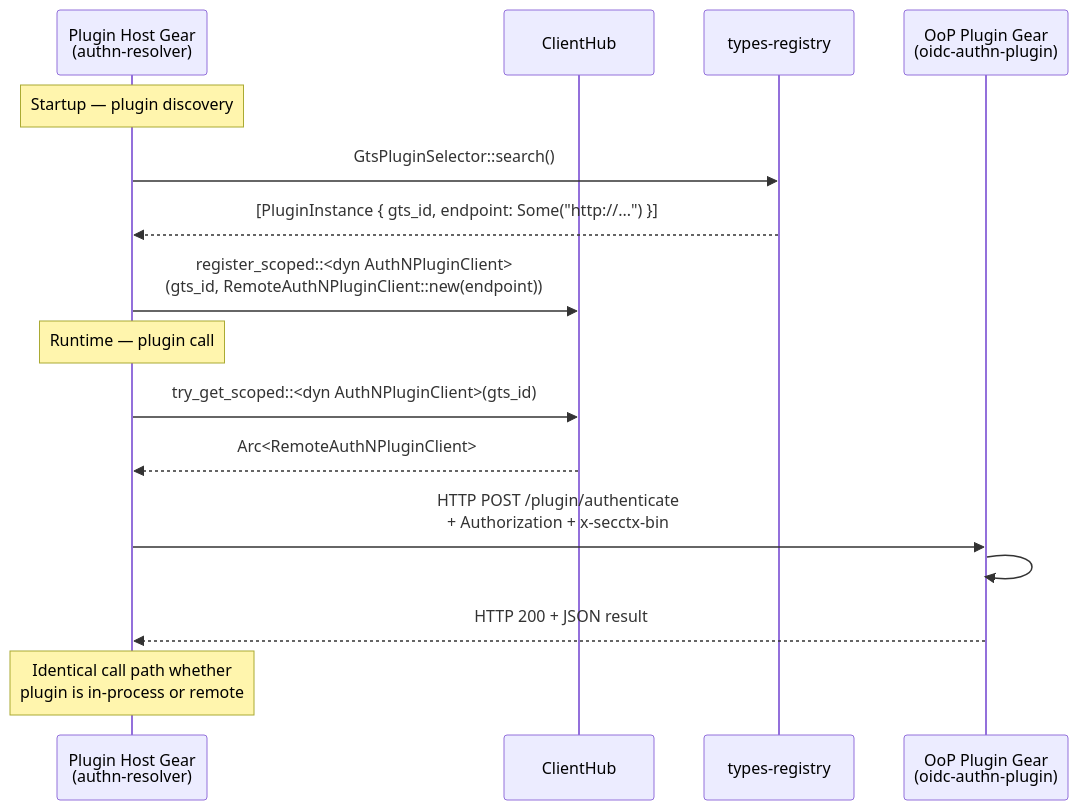
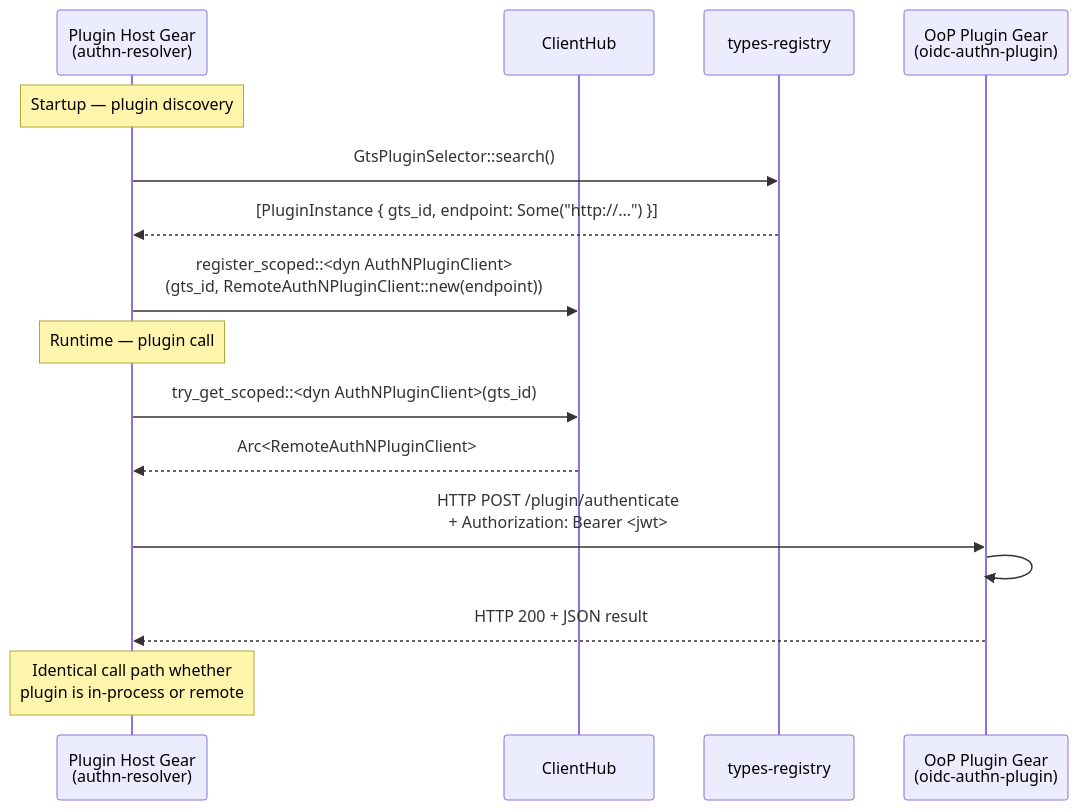
Before and after one commit to constructorfabric/gears-rust: the fifth of 8 diagrams in docs/arch/toolkit-oop/DESIGN.md, drawn with Mermaid. The commit also changed other lines of this file and 7 other files, not shown here.

````diff
--- a/docs/arch/toolkit-oop/DESIGN.md
+++ b/docs/arch/toolkit-oop/DESIGN.md
@@ -1121,19 +1179,19 @@
 ```mermaid
 sequenceDiagram
     participant Host as Plugin Host Gear<br/>(authn-resolver)
     participant Hub as ClientHub
     participant GTS as types-registry
     participant Plugin as OoP Plugin Gear<br/>(oidc-authn-plugin)
 
     Note over Host: Startup — plugin discovery
     Host->>GTS: GtsPluginSelector::search()
     GTS-->>Host: [PluginInstance { gts_id, endpoint: Some("http://...") }]
     Host->>Hub: register_scoped::<dyn AuthNPluginClient><br/>(gts_id, RemoteAuthNPluginClient::new(endpoint))
     Note over Host: Runtime — plugin call
     Host->>Hub: try_get_scoped::<dyn AuthNPluginClient>(gts_id)
     Hub-->>Host: Arc<RemoteAuthNPluginClient>
-    Host->>Plugin: HTTP POST /plugin/authenticate<br/>+ Authorization + x-secctx-bin
+    Host->>Plugin: HTTP POST /plugin/authenticate<br/>+ Authorization: Bearer <jwt>
     Plugin->>Plugin: #[toolkit::plugin] generated handler<br/>→ delegates to trait impl
     Plugin-->>Host: HTTP 200 + JSON result
     Note over Host: Identical call path whether<br/>plugin is in-process or remote
 ```
````
